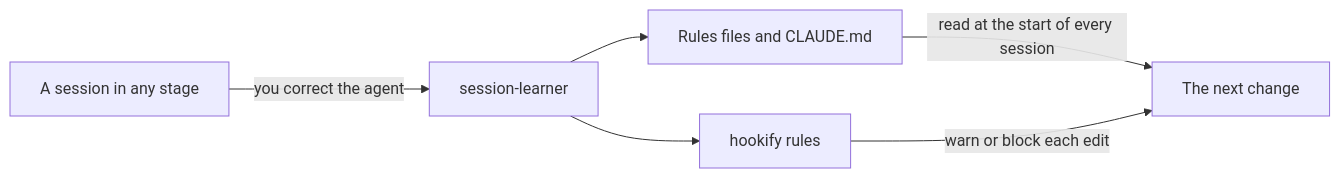
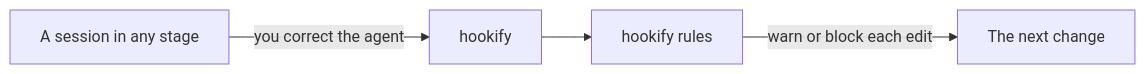
Before and after one commit to grixu/cc-toolkit: the diagram in docs/src/content/docs/lifecycle/index.mdx, drawn with Mermaid. The commit also changed other lines of this file and 14 other files, not shown here.

Commit message:
docs: drop session-learner and list the removed plugins after the main merge

````diff
--- a/docs/src/content/docs/lifecycle/index.mdx
+++ b/docs/src/content/docs/lifecycle/index.mdx
@@ -114,8 +114,6 @@
 ```mermaid
 flowchart LR
-  Session[A session in any stage] -->|you correct the agent| Learn[session-learner]
-  Learn --> Rules[Rules files and CLAUDE.md]
-  Learn --> Hooks[hookify rules]
-  Rules -->|read at the start of every session| Next[The next change]
-  Hooks -->|warn or block each edit| Next
+  Session[A session in any stage] -->|you correct the agent| Hookify[hookify]
+  Hookify --> Hooks[hookify rules]
+  Hooks -->|warn or block each edit| Next[The next change]
 ```
````
